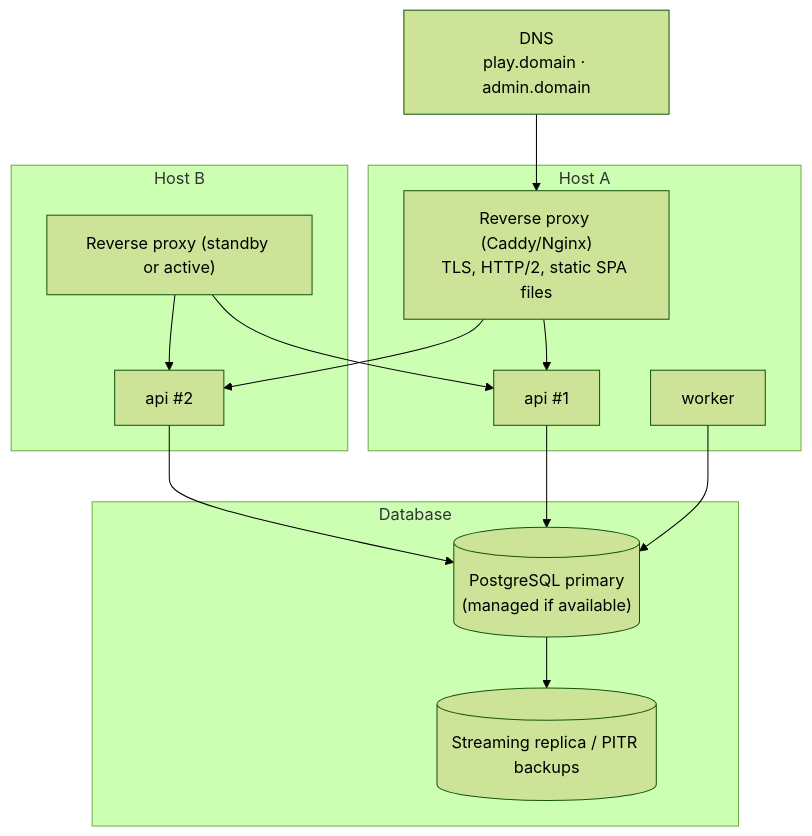
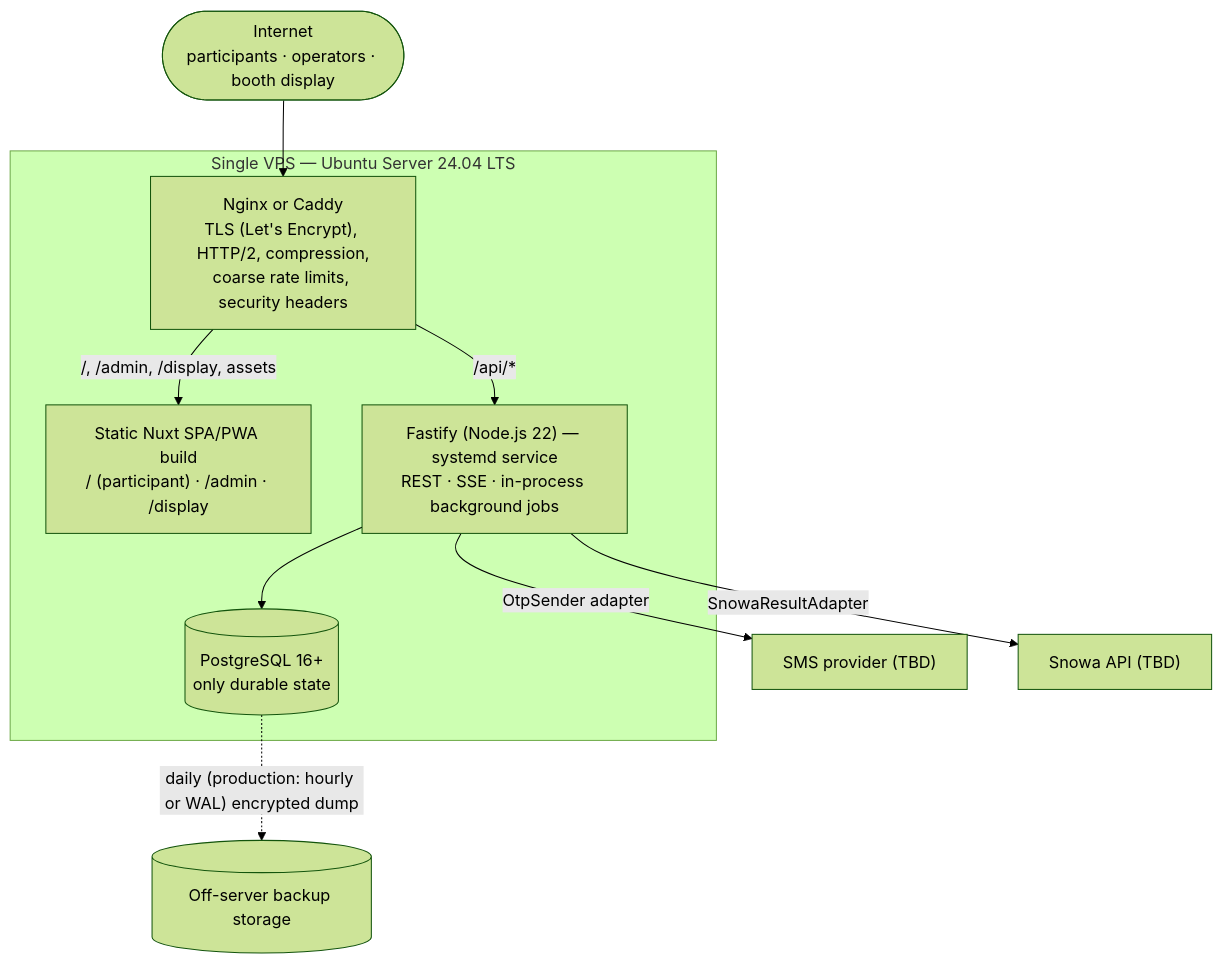
The first of 2 diagrams in docs/01-architecture/10-deployment-topology.md (osameh15/Snowa-Exhibition-Game), drawn with Mermaid (forest theme) before and after one commit. The commit also changed other lines of this file and 61 other files, not shown here.

First line of the commit message:
docs: right-size secure exhibition architecture

````diff
--- a/docs/01-architecture/10-deployment-topology.md
+++ b/docs/01-architecture/10-deployment-topology.md
@@ -7,21 +9,16 @@
 ```mermaid
 flowchart TB
-  DNS["DNS<br/>play.domain · admin.domain"] --> LB
-  subgraph VM1["Host A"]
-    LB["Reverse proxy (Caddy/Nginx)<br/>TLS, HTTP/2, static SPA files"]
-    API1["api #1"]
-    WRK["worker"]
+  NET(["Internet<br/>participants · operators · booth display"]) --> RP
+  subgraph VPS["Single VPS — Ubuntu Server 24.04 LTS"]
+    RP["Nginx or Caddy<br/>TLS (Let's Encrypt), HTTP/2, compression,<br/>coarse rate limits, security headers"]
+    STATIC["Static Nuxt SPA/PWA build<br/>/ (participant) · /admin · /display"]
+    API["Fastify (Node.js 22) — systemd service<br/>REST · SSE · in-process background jobs"]
+    PG[("PostgreSQL 16+<br/>only durable state")]
+    RP -->|"/, /admin, /display, assets"| STATIC
+    RP -->|"/api/*"| API
+    API --> PG
   end
-  subgraph VM2["Host B"]
-    LB2["Reverse proxy (standby or active)"]
-    API2["api #2"]
-  end
-  subgraph DBH["Database"]
-    PG[("PostgreSQL primary<br/>(managed if available)")]
-    PGR[("Streaming replica / PITR backups")]
-  end
-  LB --> API1 & API2
-  LB2 --> API1 & API2
-  API1 & API2 & WRK --> PG
-  PG --> PGR
+  API -->|OtpSender adapter| SMS["SMS provider (TBD)"]
+  API -->|SnowaResultAdapter| EXT["Snowa API (TBD)"]
+  PG -. "daily (production: hourly or WAL) encrypted dump" .-> BK[("Off-server backup storage")]
 ```
````
